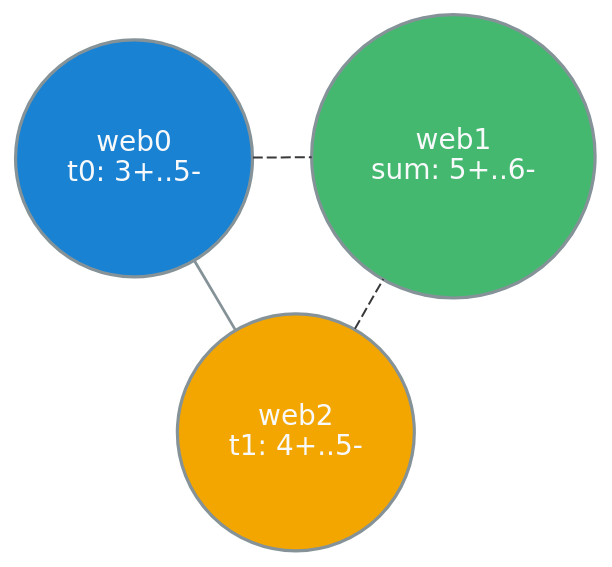
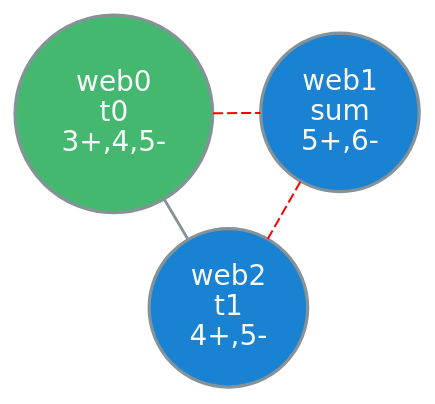
Before and after one commit to AlexDTT/CompilerRegisterAllocationProject: the diagram in dox/example_noninterference_chain.dot, drawn with Graphviz. The commit also changed 40 other files, not shown here.

```diff
--- a/dox/example_noninterference_chain.dot
+++ b/dox/example_noninterference_chain.dot
@@ -1,15 +1,15 @@
 graph noninterference_chain {
     layout=neato;
     overlap=false;
     bgcolor="transparent";
     node [shape=circle, style=filled, fontname="DejaVu Sans", fontcolor="#f8f9fa", color="#859399", penwidth=1.6];
     edge [color="#859399", penwidth=1.4];
 
-    web0 [label="web0\nt0: 3+..5-", fillcolor="#1982d2"];
-    web1 [label="web1\nsum: 5+..6-", fillcolor="#44b86f"];
-    web2 [label="web2\nt1: 4+..5-", fillcolor="#f3a600"];
+    web0 [label="web0\nt0\n3+,4,5-", fillcolor="#44b86f"];
+    web1 [label="web1\nsum\n5+,6-", fillcolor="#1982d2"];
+    web2 [label="web2\nt1\n4+,5-", fillcolor="#1982d2"];
 
     web0 -- web2;
-    web0 -- web1 [color="#38393b", style=dashed, penwidth=1.0];
-    web2 -- web1 [color="#38393b", style=dashed, penwidth=1.0];
+    web0 -- web1 [color="#ff0000", style=dashed, penwidth=1.0];
+    web2 -- web1 [color="#ff0000", style=dashed, penwidth=1.0];
 }
```
